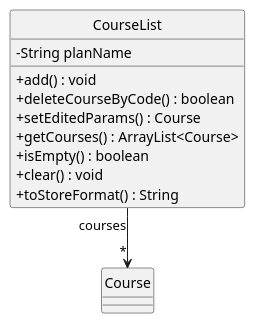
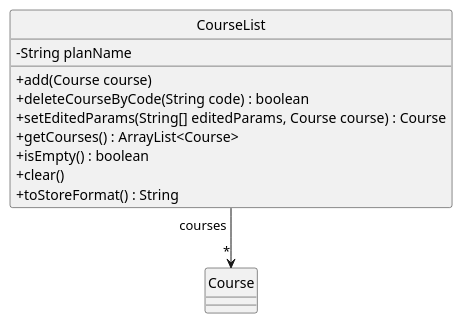
Before and after one commit to SahejAgarwal05/tp: the diagram in docs/class_diagrams/CourseListClassDiagram.puml, drawn with PlantUML. The commit also changed 22 other files, not shown here.

Commit message:
Add sequence diagrams, improve text output

```diff
--- a/docs/class_diagrams/CourseListClassDiagram.puml
+++ b/docs/class_diagrams/CourseListClassDiagram.puml
@@ -1,19 +1,19 @@
 @startuml
 'https://plantuml.com/class-diagram
 hide circle
 skinparam classAttributeIconSize 0
 
-CourseList "courses" --> "*" Course
+CourseList "courses " --> "*" Course
 
 class CourseList {
 -String planName
-+add() : void
-+deleteCourseByCode() : boolean
-+setEditedParams() : Course
++add(Course course)
++deleteCourseByCode(String code) : boolean
++setEditedParams(String[] editedParams, Course course) : Course
 +getCourses() : ArrayList<Course>
 +isEmpty() : boolean
-+clear() : void
++clear()
 +toStoreFormat() : String
 }
 
 @enduml
```
